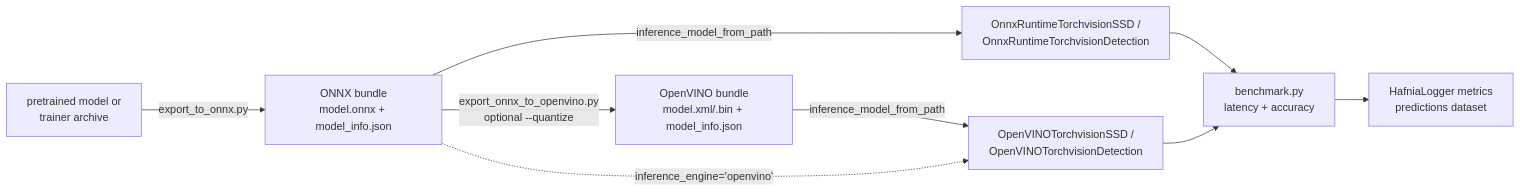
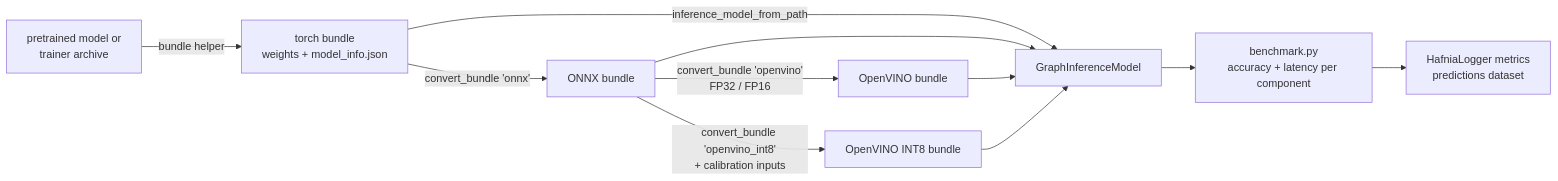
Before and after one commit to milestone-hafnia/hafnia-inference-model: the diagram in docs/design.md, drawn with Mermaid. The commit also changed other lines of this file and 58 other files, not shown here.

First line of the commit message:
Describe models as a graph of components instead of flavors

````diff
--- a/docs/design.md
+++ b/docs/design.md
@@ -554,11 +508,13 @@
 ```mermaid
 flowchart LR
-    A[pretrained model or<br/>trainer archive] -->|export_to_onnx.py| B[ONNX bundle<br/>model.onnx + model_info.json]
-    B -->|inference_model_from_path| C[OnnxRuntimeTorchvisionSSD /<br/>OnnxRuntimeTorchvisionDetection]
-    B -->|export_onnx_to_openvino.py<br/>optional --quantize| D[OpenVINO bundle<br/>model.xml/.bin + model_info.json]
-    D -->|inference_model_from_path| E[OpenVINOTorchvisionSSD /<br/>OpenVINOTorchvisionDetection]
-    B -.->|inference_engine='openvino'| E
-    C --> F[benchmark.py<br/>latency + accuracy]
-    E --> F
+    A[pretrained model or<br/>trainer archive] -->|bundle helper| T[torch bundle<br/>weights + model_info.json]
+    T -->|convert_bundle 'onnx'| B[ONNX bundle]
+    B -->|convert_bundle 'openvino'<br/>FP32 / FP16| D[OpenVINO bundle]
+    B -->|convert_bundle 'openvino_int8'<br/>+ calibration inputs| Q[OpenVINO INT8 bundle]
+    T -->|inference_model_from_path| M[GraphInferenceModel]
+    B --> M
+    D --> M
+    Q --> M
+    M --> F[benchmark.py<br/>accuracy + latency per component]
     F --> G[HafniaLogger metrics<br/>predictions dataset]
 ```
````
